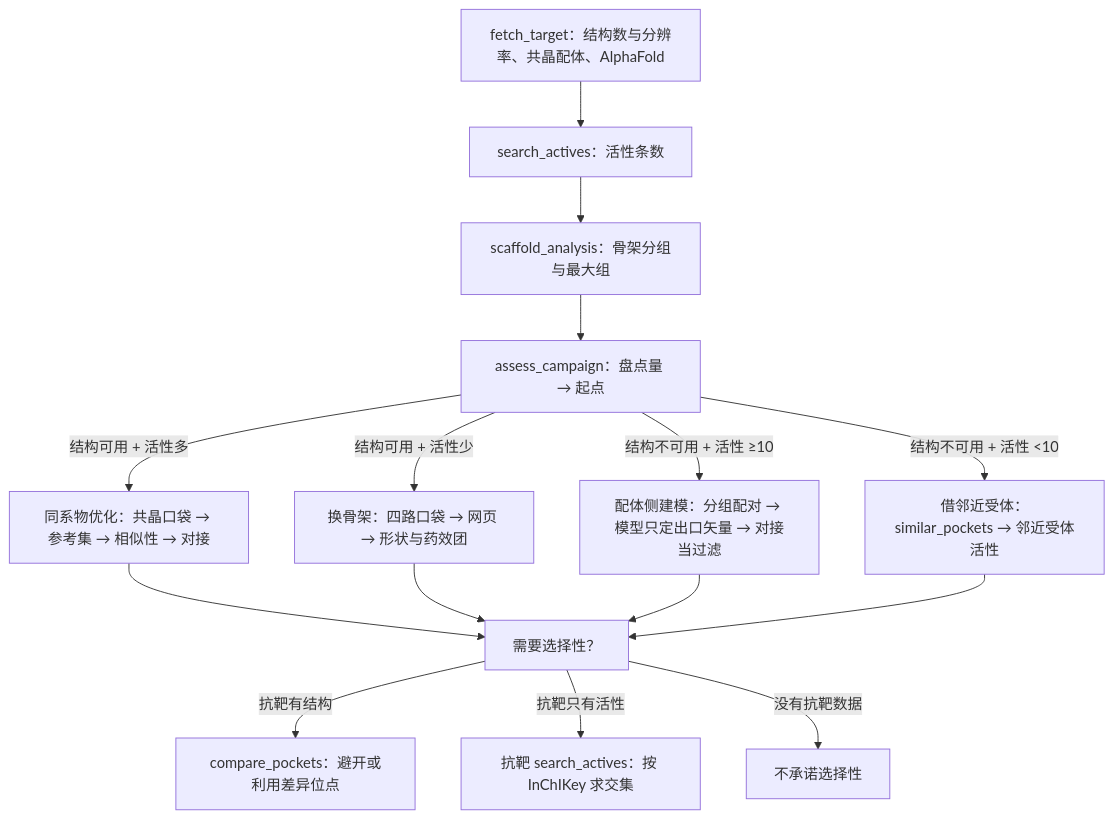
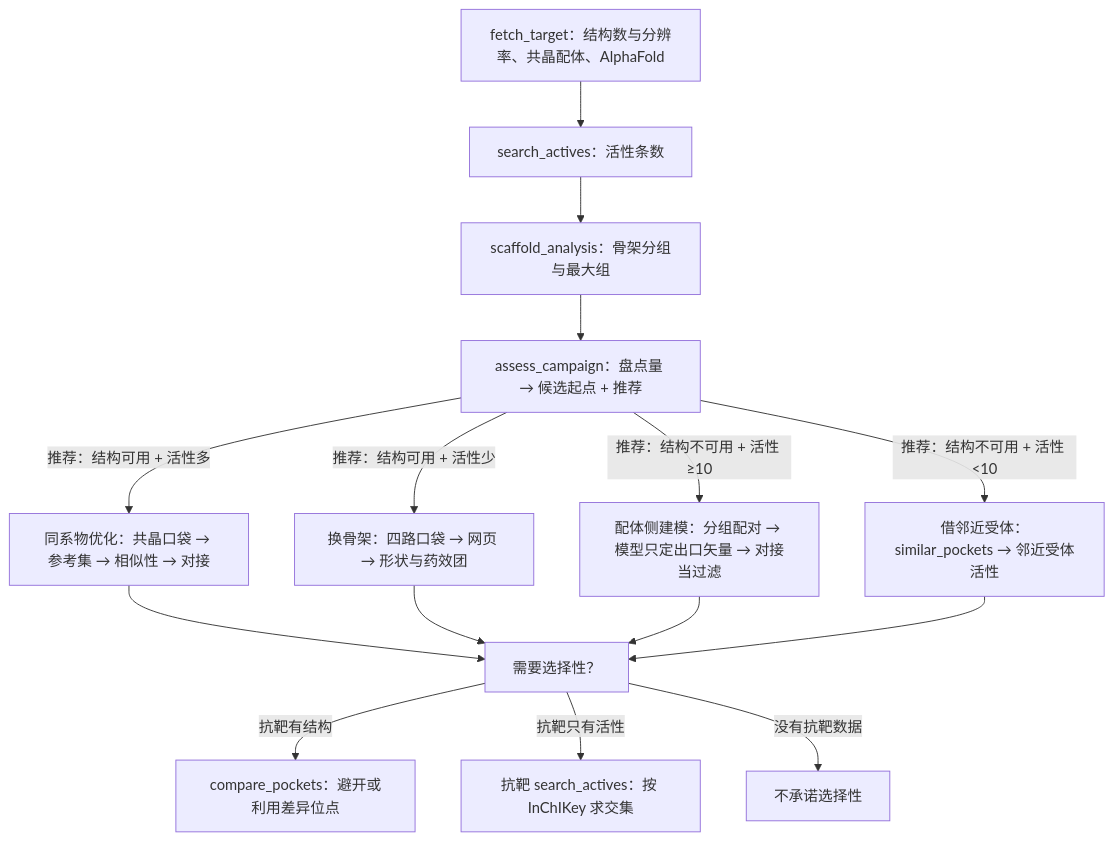
Before and after one commit to zhenqiangZ/VSAgent: the diagram in docs/campaign-assessment-plan.md, drawn with Mermaid. The commit also changed other lines of this file and 35 other files, not shown here.

````diff
--- a/docs/campaign-assessment-plan.md
+++ b/docs/campaign-assessment-plan.md
@@ -138,17 +144,17 @@
 ```mermaid
 graph TD
   A["fetch_target：结构数与分辨率、共晶配体、AlphaFold"] --> B["search_actives：活性条数"]
   B --> C["scaffold_analysis：骨架分组与最大组"]
-  C --> D["assess_campaign：盘点量 → 起点"]
-  D -->|"结构可用 + 活性多"| E["同系物优化：共晶口袋 → 参考集 → 相似性 → 对接"]
-  D -->|"结构可用 + 活性少"| F["换骨架：四路口袋 → 网页 → 形状与药效团"]
-  D -->|"结构不可用 + 活性 ≥10"| G["配体侧建模：分组配对 → 模型只定出口矢量 → 对接当过滤"]
-  D -->|"结构不可用 + 活性 <10"| H["借邻近受体：similar_pockets → 邻近受体活性"]
+  C --> D["assess_campaign：盘点量 → 候选起点 + 推荐"]
+  D -->|"推荐：结构可用 + 活性多"| E["同系物优化：共晶口袋 → 参考集 → 相似性 → 对接"]
+  D -->|"推荐：结构可用 + 活性少"| F["换骨架：四路口袋 → 网页 → 形状与药效团"]
+  D -->|"推荐：结构不可用 + 活性 ≥10"| G["配体侧建模：分组配对 → 模型只定出口矢量 → 对接当过滤"]
+  D -->|"推荐：结构不可用 + 活性 <10"| H["借邻近受体：similar_pockets → 邻近受体活性"]
   E --> I["需要选择性？"]
   F --> I
   G --> I
   H --> I
   I -->|"抗靶有结构"| J["compare_pockets：避开或利用差异位点"]
   I -->|"抗靶只有活性"| K["抗靶 search_actives：按 InChIKey 求交集"]
   I -->|"没有抗靶数据"| L["不承诺选择性"]
 ```
````
